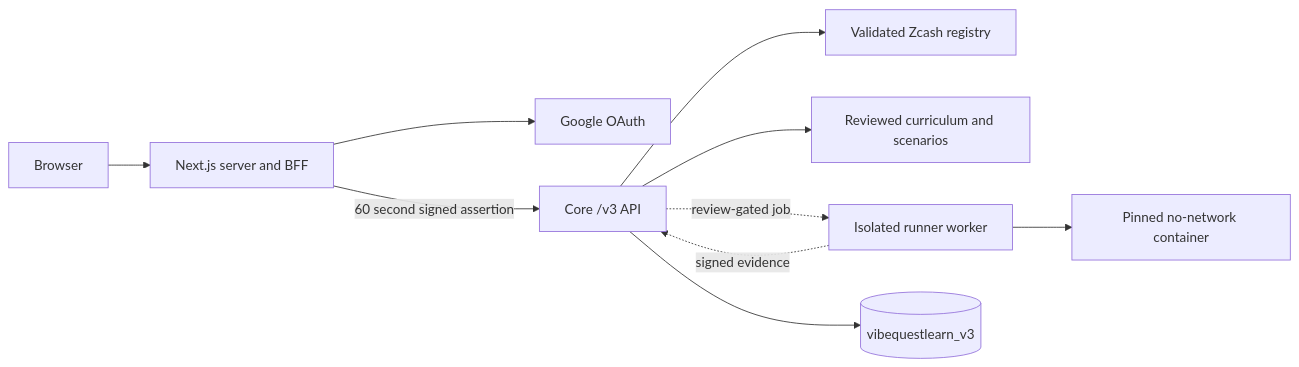
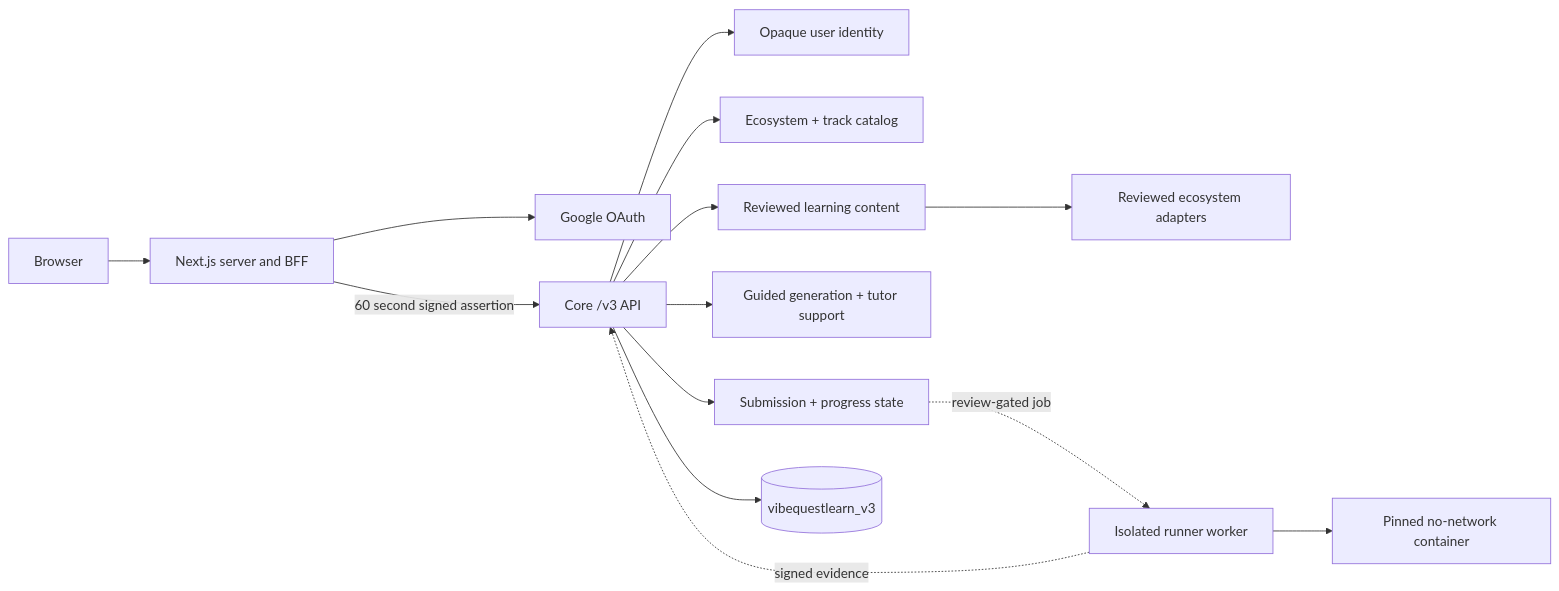
Before and after one commit to VibeQuestLearn/vibequest-web: the diagram in docs/product-architecture.md, drawn with Mermaid. The commit also changed other lines of this file and 2 other files, not shown here.

Commit message:
docs(web): clarify ecosystem-neutral architecture

````diff
--- a/docs/product-architecture.md
+++ b/docs/product-architecture.md
@@ -8,12 +16,16 @@
 ```mermaid
 flowchart LR
     Browser["Browser"] --> Web["Next.js server and BFF"]
     Web --> Google["Google OAuth"]
     Web -->|"60 second signed assertion"| Core["Core /v3 API"]
-    Core --> Registry["Validated Zcash registry"]
-    Core --> Curriculum["Reviewed curriculum and scenarios"]
-    Core -. "review-gated job" .-> Worker["Isolated runner worker"]
-    Worker --> Docker["Pinned no-network container"]
+    Core --> Identity["Opaque user identity"]
+    Core --> Catalog["Ecosystem + track catalog"]
+    Core --> Content["Reviewed learning content"]
+    Core --> AI["Guided generation + tutor support"]
+    Core --> Submissions["Submission + progress state"]
+    Content --> Adapters["Reviewed ecosystem adapters"]
+    Submissions -. "review-gated job" .-> Worker["Isolated runner worker"]
+    Worker --> Sandbox["Pinned no-network container"]
     Worker -. "signed evidence" .-> Core
     Core --> V3DB[("vibequestlearn_v3")]
 ```
````
